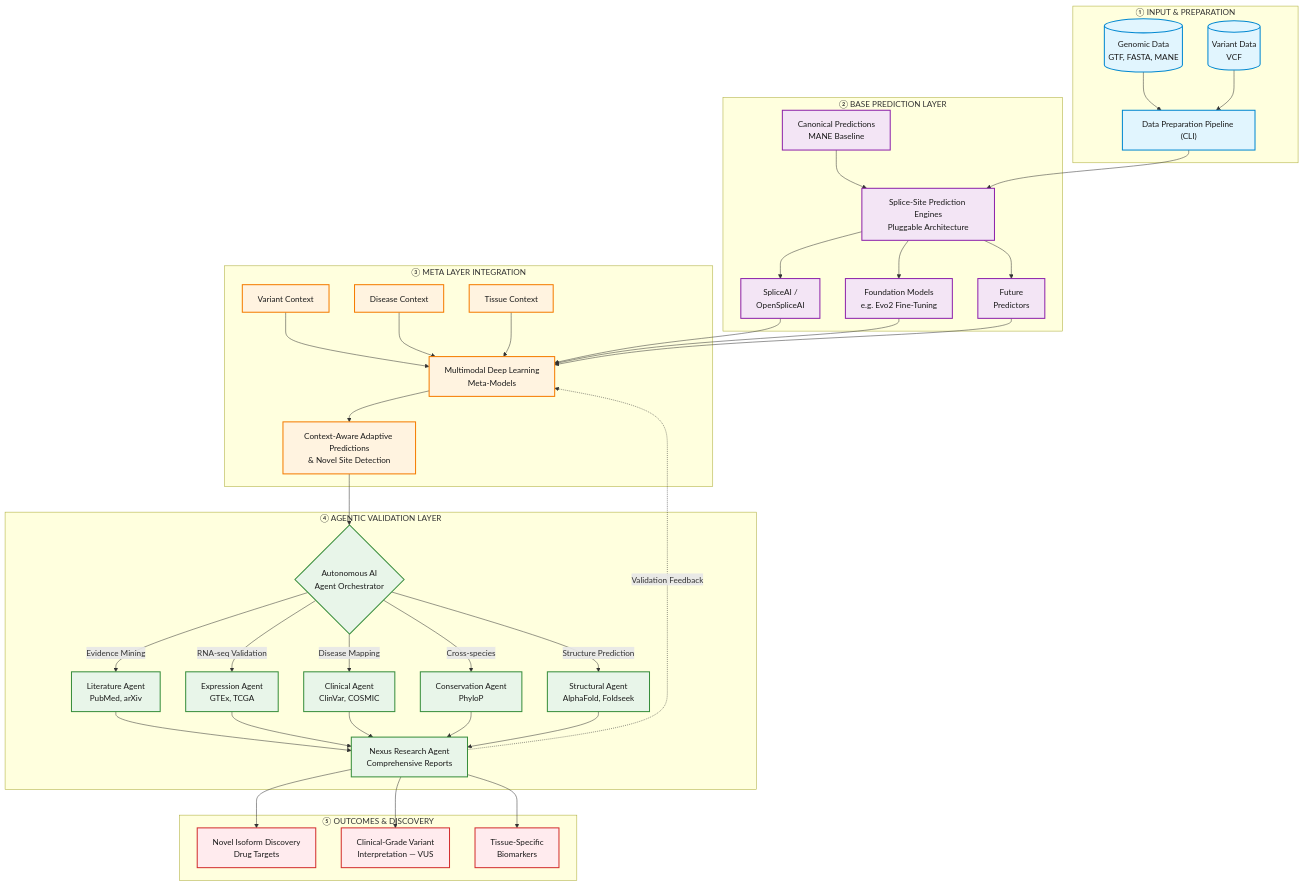
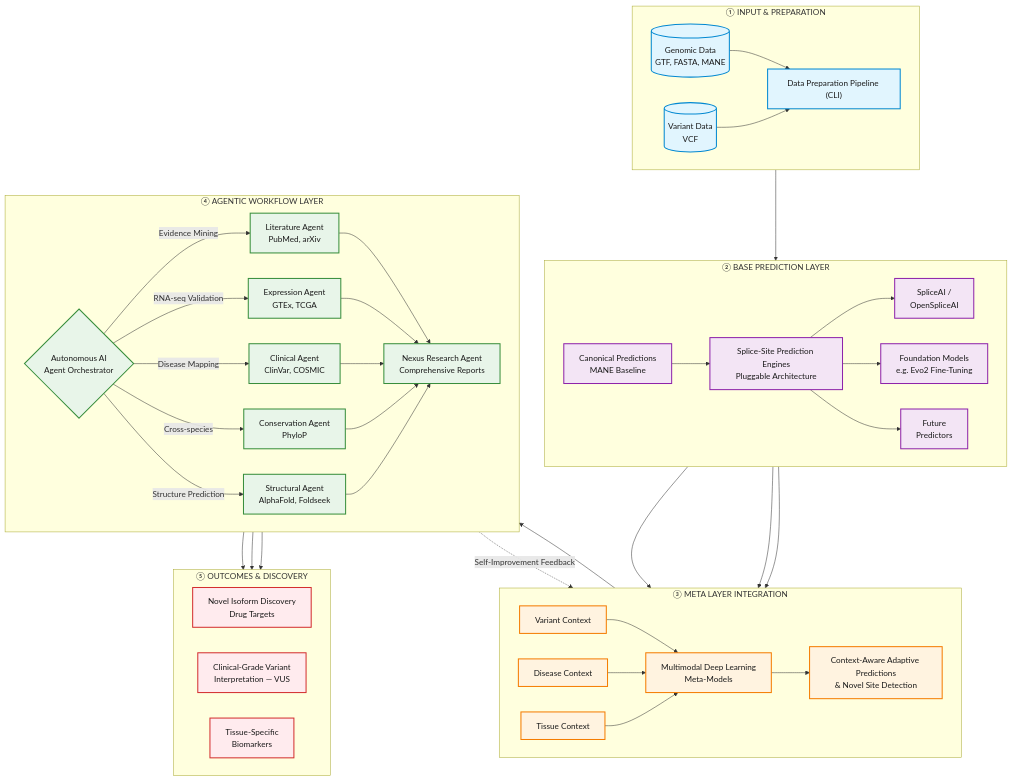
One commit to pleiadian53/agentic-spliceai changed the first of 4 diagrams in README.md. Above: the diagram before and after it, drawn with Mermaid. The commit also changed other lines of this file and 1 other file, not shown here.

Commit message:
Updated workflow schematic in README.md

```diff
--- a/README.md
+++ b/README.md
@@ -19,6 +28,7 @@
 
     %% Layer 1: Input & Preparation
     subgraph L1 ["① INPUT & PREPARATION"]
+        direction LR
         A1[(Genomic Data<br/>GTF, FASTA, MANE)]:::input
         A2[(Variant Data<br/>VCF)]:::input
         B["Data Preparation Pipeline (CLI)"]:::input
@@ -28,6 +38,7 @@
 
     %% Layer 2: Base Prediction Layer
     subgraph L2 ["② BASE PREDICTION LAYER"]
+        direction LR
         C[Canonical Predictions<br/>MANE Baseline]:::base
         D[Splice-Site Prediction Engines<br/>Pluggable Architecture]:::base
         D1[SpliceAI /<br/>OpenSpliceAI]:::base
@@ -41,6 +52,7 @@
 
     %% Layer 3: Meta Layer Integration
     subgraph L3 ["③ META LAYER INTEGRATION"]
+        direction LR
         E1[Variant Context]:::meta
         E2[Disease Context]:::meta
         E3[Tissue Context]:::meta
@@ -52,8 +64,9 @@
         F --> G
     end
 
-    %% Layer 4: Agentic Validation Layer
-    subgraph L4 ["④ AGENTIC VALIDATION LAYER"]
+    %% Layer 4: Agentic Workflow Layer
+    subgraph L4 ["④ AGENTIC WORKFLOW LAYER"]
+        direction LR
         H{Autonomous AI<br/>Agent Orchestrator}:::agents
         I[Literature Agent<br/>PubMed, arXiv]:::agents
         J[Expression Agent<br/>GTEx, TCGA]:::agents
@@ -75,6 +88,7 @@
 
     %% Layer 5: Outcomes & Discovery
     subgraph L5 ["⑤ OUTCOMES & DISCOVERY"]
+        direction LR
         N1[Novel Isoform Discovery<br/>Drug Targets]:::output
         N2[Clinical-Grade Variant<br/>Interpretation — VUS]:::output
         N3[Tissue-Specific<br/>Biomarkers]:::output
@@ -88,9 +102,9 @@
     G --> H
 
     %% Self-improvement feedback loop
-    S -.->|Validation Feedback| F
+    S -.->|Self-Improvement Feedback| F
 
-    %% Validation to outcomes
+    %% Workflow to outcomes
     S --> N1
     S --> N2
     S --> N3
```
